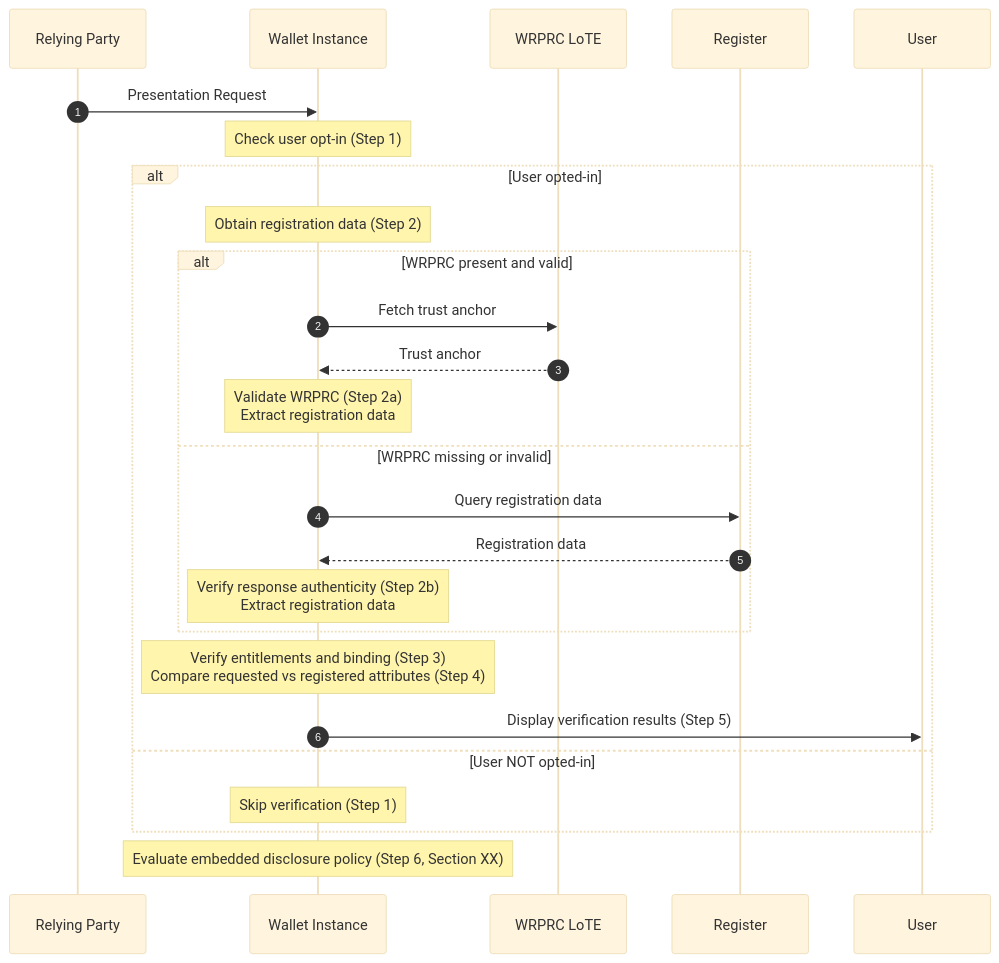
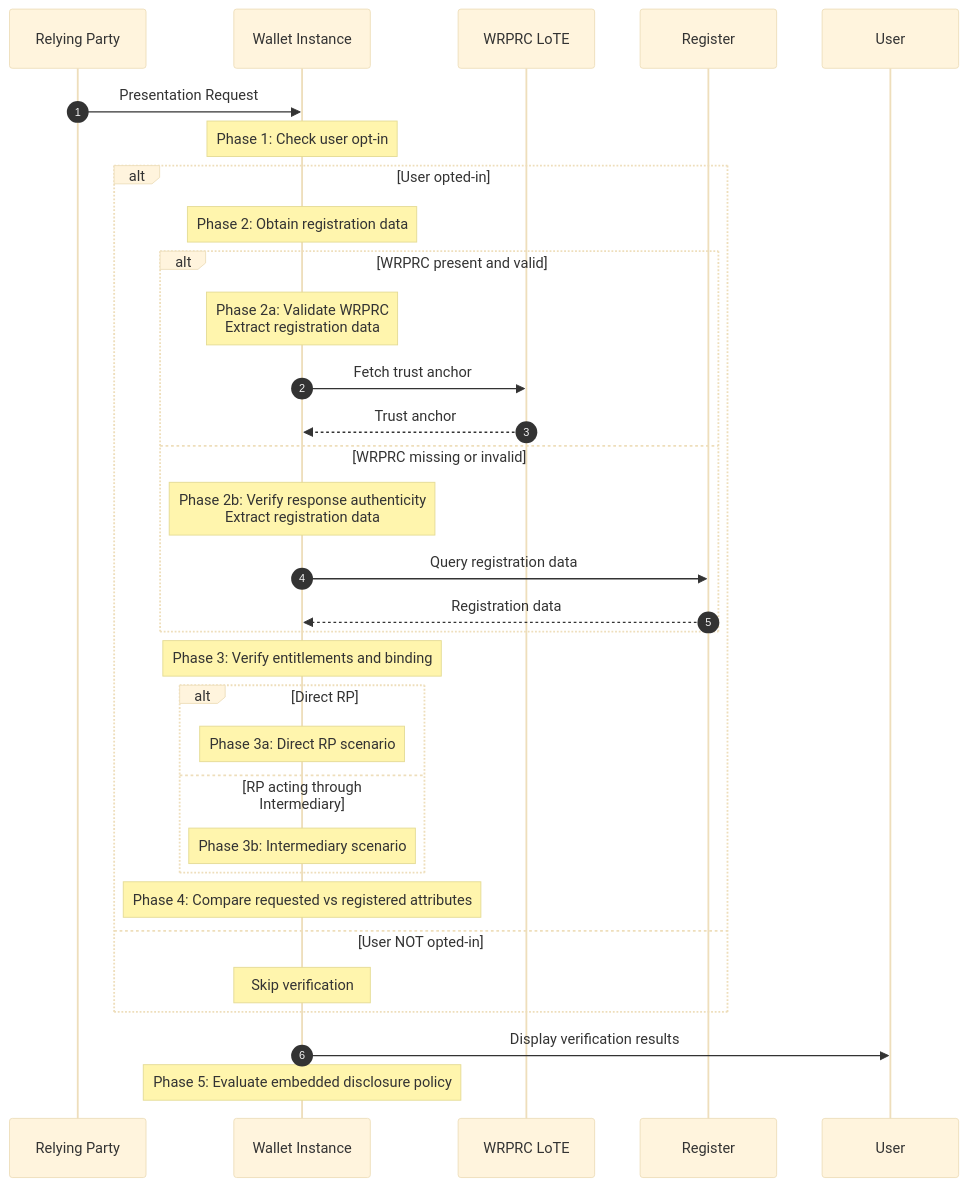
One commit to APTITUDE-Consortium/wp2-trust-specifications changed the third of 5 diagrams in topics/entitlement-policy.md. Above: the diagram before and after it, drawn with Mermaid (base theme). The commit also changed other lines of this file, not shown here.

Commit message:
chore: improved flow description in sec RP Overasking Prevention Mechanism

````diff
--- a/topics/entitlement-policy.md
+++ b/topics/entitlement-policy.md
@@ -533,33 +533,40 @@
 ```mermaid
 sequenceDiagram
     autonumber
     participant RP as Relying Party
     participant WI as Wallet Instance
     participant TL as WRPRC LoTE
     participant Reg as Register
     participant User
 
     RP->>WI: Presentation Request
-    Note over WI: Check user opt-in (Step 1)
+    Note over WI: Phase 1: Check user opt-in 
 
     alt User opted-in
-        Note over WI: Obtain registration data (Step 2)
+        Note over WI: Phase 2: Obtain registration data
 
         alt WRPRC present and valid
+             Note over WI: Phase 2a: Validate WRPRC <br/>Extract registration data
             WI->>TL: Fetch trust anchor
             TL-->>WI: Trust anchor
-            Note over WI: Validate WRPRC (Step 2a)<br/>Extract registration data
         else WRPRC missing or invalid
+            Note over WI: Phase 2b: Verify response authenticity<br/>Extract registration data
             WI->>Reg: Query registration data
             Reg-->>WI: Registration data
-            Note over WI: Verify response authenticity (Step 2b)<br/>Extract registration data
         end
 
-        Note over WI: Verify entitlements and binding (Step 3)<br/>Compare requested vs registered attributes (Step 4)
-        WI->>User: Display verification results (Step 5)
+        Note over WI: Phase 3: Verify entitlements and binding
+        alt Direct RP
+            Note over WI: Phase 3a: Direct RP scenario
+        else RP acting through Intermediary 
+            Note over WI: Phase 3b: Intermediary scenario
+        end
+        Note over WI: Phase 4: Compare requested vs registered attributes
+        
     else User NOT opted-in
-        Note over WI: Skip verification (Step 1)
+        Note over WI: Skip verification
     end
-
-    Note over WI: Evaluate embedded disclosure policy (Step 6, Section XX)
+    WI->>User: Display verification results
+    
+    Note over WI: Phase 5: Evaluate embedded disclosure policy
 ```
````
